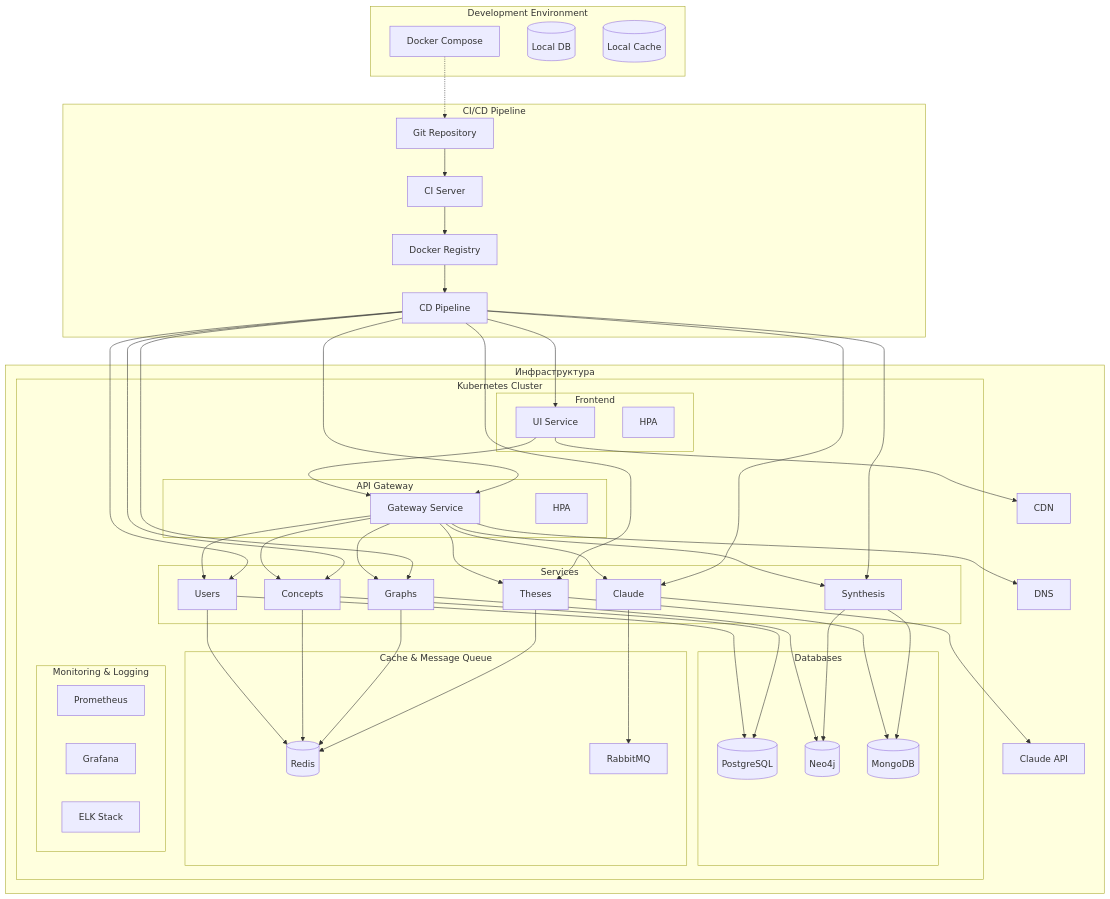
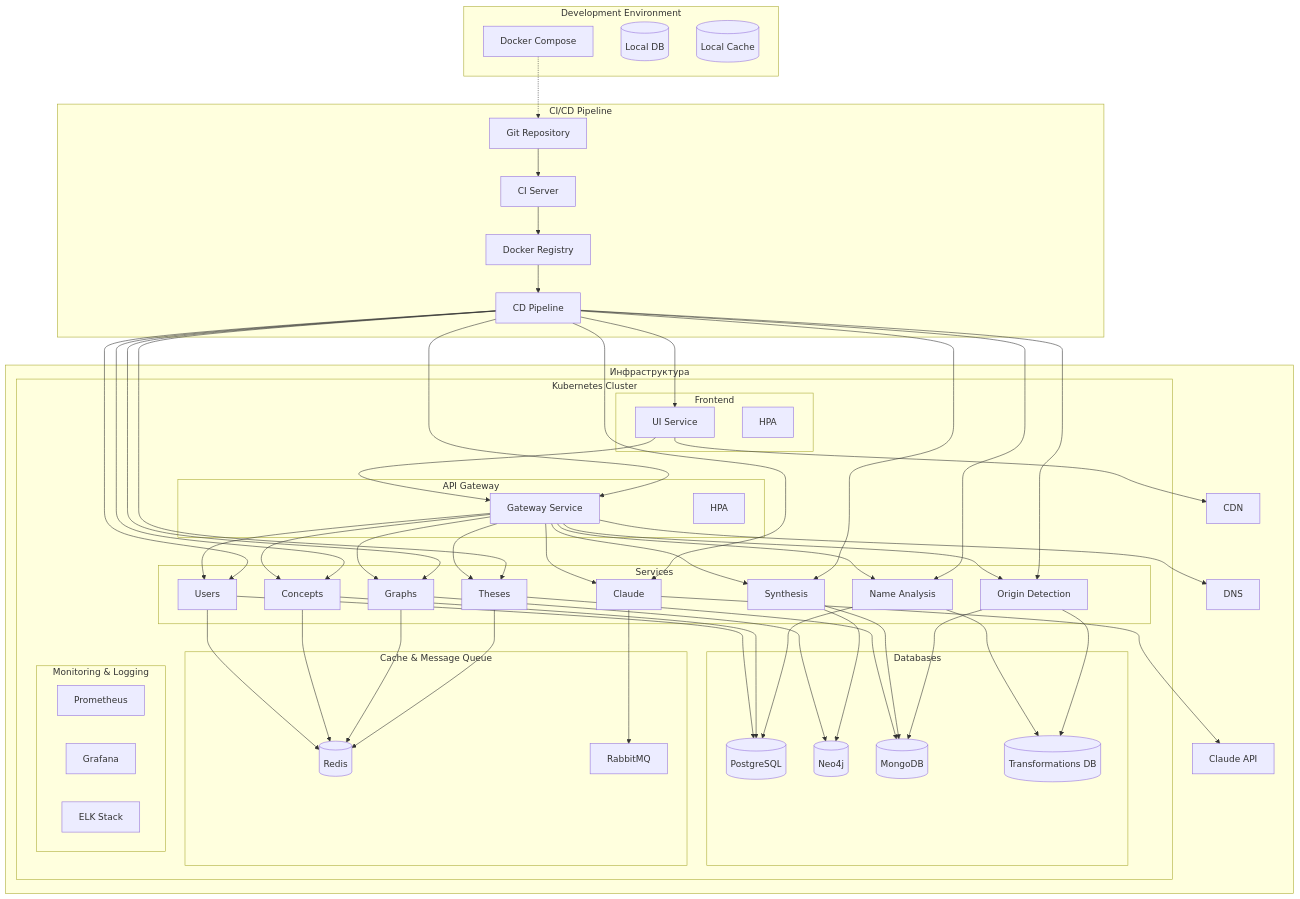
Before and after one commit to Ranatar/philosophical-concepts-omnidirectional: the diagram in deployment-architecture.mmd, drawn with Mermaid. The commit also changed 10 other files, not shown here.

```diff
--- a/deployment-architecture.mmd
+++ b/deployment-architecture.mmd
@@ -1,81 +1,86 @@
 flowchart TB
     subgraph "Инфраструктура"
         subgraph "Kubernetes Cluster"
             subgraph "Frontend"
                 UI[UI Service]
                 UI_HPA[HPA]
             end
             
             subgraph "API Gateway"
                 GATEWAY[Gateway Service]
                 GATEWAY_HPA[HPA]
             end
             
             subgraph "Services"
                 USER_SVC[Users]
                 CONCEPT_SVC[Concepts]
                 GRAPH_SVC[Graphs]
                 THESIS_SVC[Theses]
                 SYNTHESIS_SVC[Synthesis]
                 CLAUDE_SVC[Claude]
+                NAME_SVC[Name Analysis]
+                ORIGIN_SVC[Origin Detection]
             end
             
             subgraph "Databases"
                 PSQL[(PostgreSQL)]
                 NEO4J[(Neo4j)]
                 MONGO[(MongoDB)]
+                TRANSFORM_DB[(Transformations DB)]
             end
             
             subgraph "Cache & Message Queue"
                 REDIS[(Redis)]
                 RABBITMQ[RabbitMQ]
             end
             
             subgraph "Monitoring & Logging"
                 PROM[Prometheus]
                 GRAFANA[Grafana]
                 ELK[ELK Stack]
             end
         end
         
         CDN[CDN]
         DNS[DNS]
         CLAUDE_API[Claude API]
     end
     
     subgraph "Development Environment"
         DEV_ENV[Docker Compose]
         DEV_DB[(Local DB)]
         DEV_CACHE[(Local Cache)]
     end
     
     subgraph "CI/CD Pipeline"
         GIT[Git Repository]
         CI[CI Server]
         REGISTRY[Docker Registry]
         CD[CD Pipeline]
     end
     
     UI --> GATEWAY
-    GATEWAY --> USER_SVC & CONCEPT_SVC & GRAPH_SVC & THESIS_SVC & SYNTHESIS_SVC & CLAUDE_SVC
+    GATEWAY --> USER_SVC & CONCEPT_SVC & GRAPH_SVC & THESIS_SVC & SYNTHESIS_SVC & CLAUDE_SVC & NAME_SVC & ORIGIN_SVC
     
     USER_SVC --> PSQL
     CONCEPT_SVC --> PSQL
     GRAPH_SVC --> NEO4J
     THESIS_SVC --> MONGO
     SYNTHESIS_SVC --> NEO4J & MONGO
+    NAME_SVC --> PSQL & TRANSFORM_DB
+    ORIGIN_SVC --> TRANSFORM_DB & MONGO
     
     CLAUDE_SVC --> RABBITMQ
     CLAUDE_SVC --> CLAUDE_API
     
     USER_SVC & CONCEPT_SVC & GRAPH_SVC & THESIS_SVC --> REDIS
     
     UI --> CDN
     GATEWAY --> DNS
     
     GIT --> CI
     CI --> REGISTRY
     REGISTRY --> CD
-    CD --> GATEWAY & UI & USER_SVC & CONCEPT_SVC & GRAPH_SVC & THESIS_SVC & SYNTHESIS_SVC & CLAUDE_SVC
+    CD --> GATEWAY & UI & USER_SVC & CONCEPT_SVC & GRAPH_SVC & THESIS_SVC & SYNTHESIS_SVC & CLAUDE_SVC & NAME_SVC & ORIGIN_SVC
     
     DEV_ENV -.-> GIT
```
